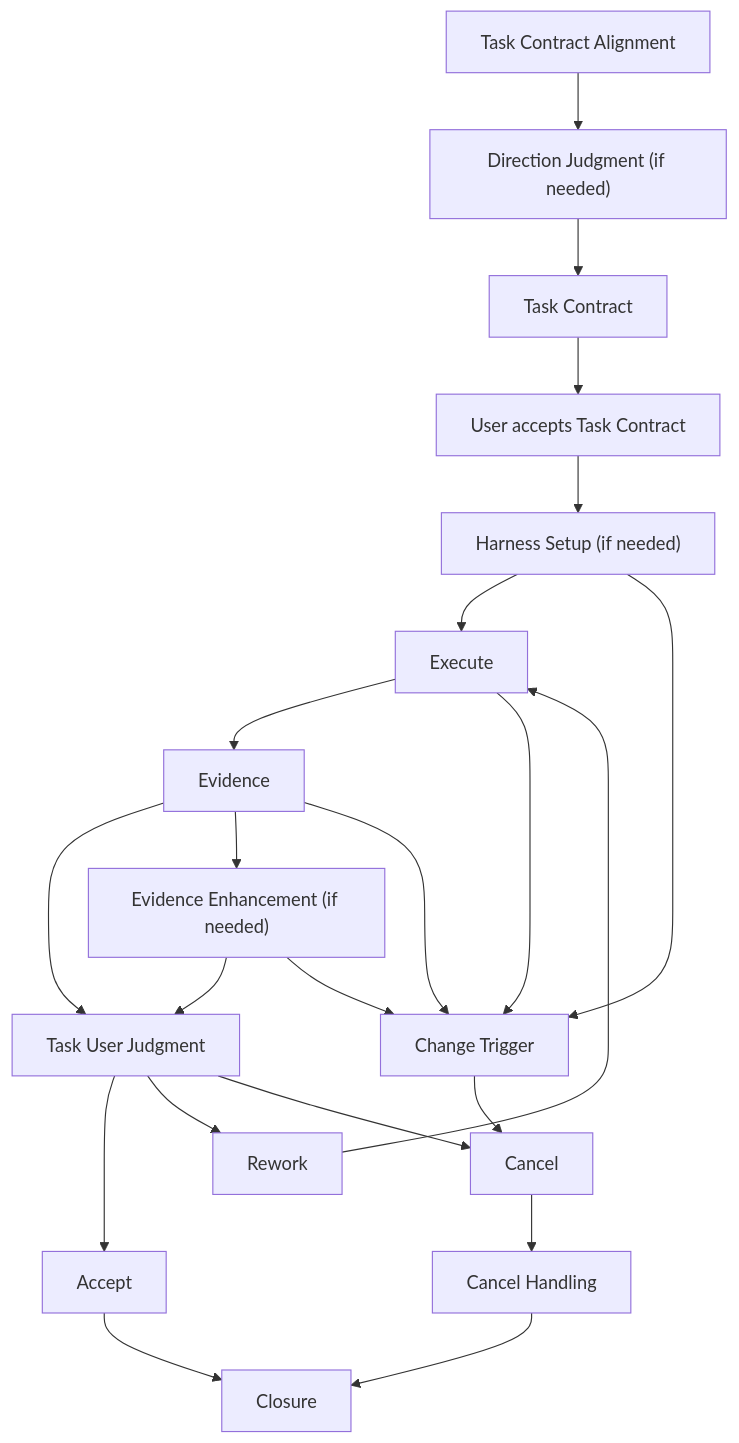
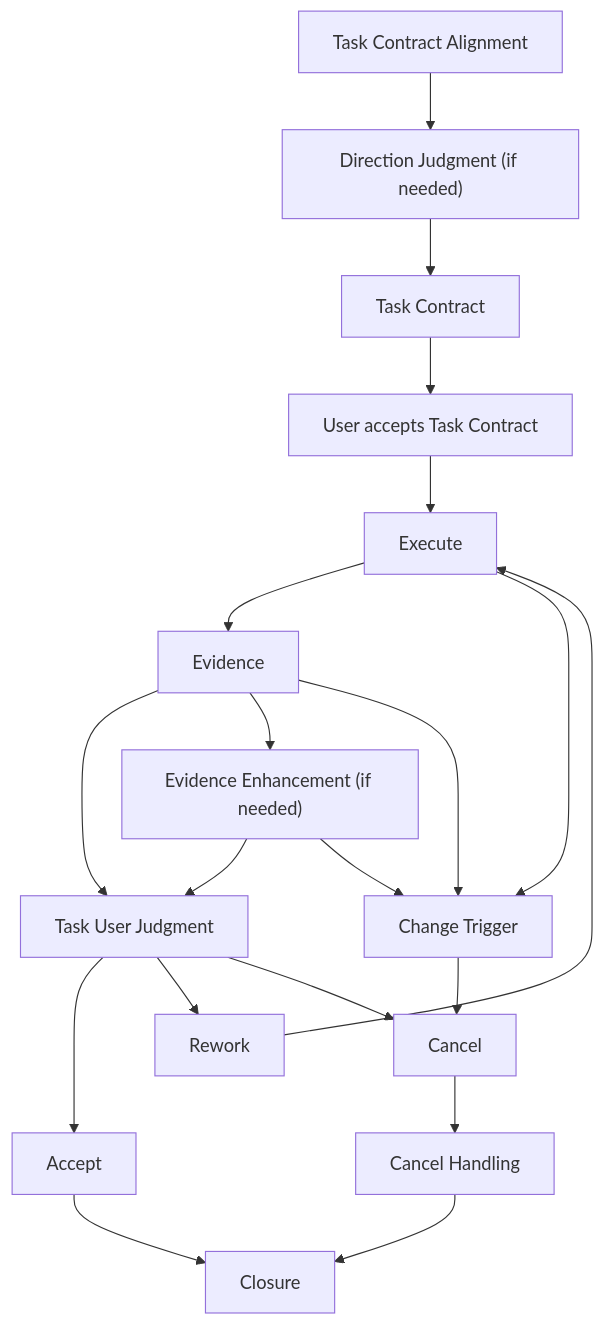
The diagram in docs/workflow/task.md (choam2426/Geas), drawn with Mermaid before and after one commit. The commit also changed other lines of this file and 6 other files, not shown here.

````diff
--- a/docs/workflow/task.md
+++ b/docs/workflow/task.md
@@ -39,28 +39,26 @@
 ```mermaid
 flowchart TD
   align["Task Contract Alignment"] --> direction["Direction Judgment (if needed)"]
   direction --> contract["Task Contract"]
   contract --> contractAccept["User accepts Task Contract"]
-  contractAccept --> harness["Harness Setup (if needed)"]
-  harness --> execute["Execute"]
+  contractAccept --> execute["Execute"]
   execute --> evidence["Evidence"]
   evidence --> judgment["Task User Judgment"]
   evidence --> evidenceEnhance["Evidence Enhancement (if needed)"]
   evidenceEnhance --> judgment["Task User Judgment"]
 
   judgment --> accept["Accept"]
   accept --> closure["Closure"]
 
   judgment --> rework["Rework"]
   rework --> execute
 
   judgment --> cancel["Cancel"]
   cancel --> cancelHandling["Cancel Handling"]
   cancelHandling --> closure
 
   execute --> changeTrigger["Change Trigger"]
-  harness --> changeTrigger
   evidence --> changeTrigger
   evidenceEnhance --> changeTrigger
   changeTrigger --> cancel
 ```
````
